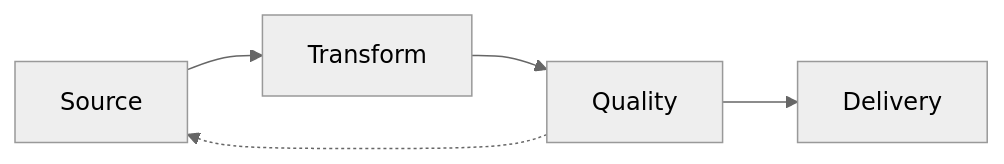
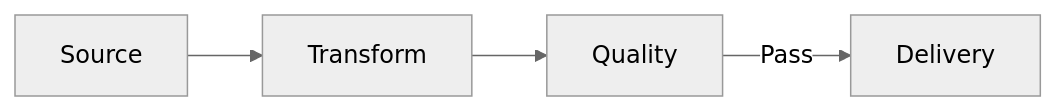
The fourth of 13 diagrams in src/rulesync/.rulesync/skills/mols-mermaid-diagram/references/examples/flowchart.md (mols3131d/mols-agent-assets), drawn with Mermaid (neutral theme) before and after one commit. The commit also changed other lines of this file and 6 other files, not shown here.

Commit message:
feat(mermaid): 설계 및 검증 지침 보강 (#177)

````diff
--- a/src/rulesync/.rulesync/skills/mols-mermaid-diagram/references/examples/flowchart.md
+++ b/src/rulesync/.rulesync/skills/mols-mermaid-diagram/references/examples/flowchart.md
@@ -80,7 +86,6 @@
 ```mermaid
 flowchart LR
     source[Source] --> transform[Transform]
     transform --> quality[Quality]
-    quality --> delivery[Delivery]
-    quality -.-> source
+    quality -->|Pass| delivery[Delivery]
 ```
````
